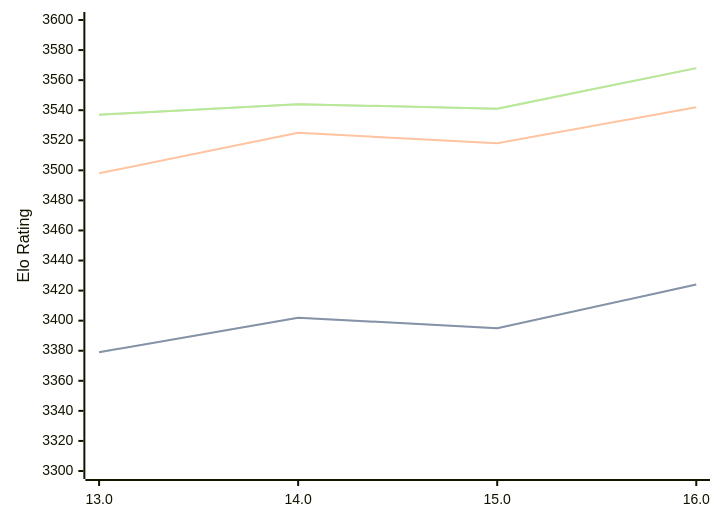
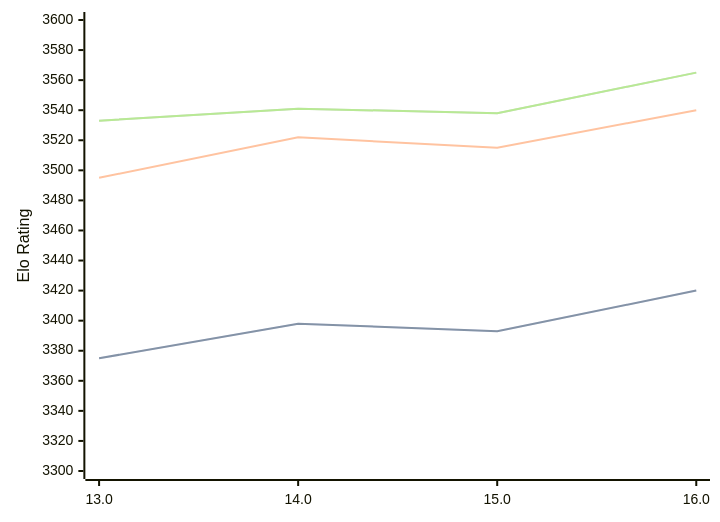
One commit to computer-chess-index/cci changed the diagram in engines/Obsidian.md. Above: the diagram before and after it, drawn with Mermaid. The commit also changed other lines of this file, not shown here.

Commit message:
Update CCI Ratings (ELO VLTC) - 2026-06-08

````diff
--- a/engines/Obsidian.md
+++ b/engines/Obsidian.md
@@ -43,11 +43,11 @@
 ```mermaid
 %%{init: {"theme":"base","themeVariables":{"seriesColors:['#a3a3a3','#222221','#faa371']}}}%%
 xychart-beta
   x-axis ["13.0", "14.0", "15.0", "16.0"]
   y-axis "Elo Rating" 3300 --> 3600
-  line "STC (8.0+0.08s)" [3379, 3402, 3395, 3424]
-  line "STC (8.0+0.08s)" [3379, 3402, 3395, 3424]
-  line "LTC (60.0+0.60s)" [3498, 3525, 3518, 3542]
-  line "VLTC (2m24s+1.12s)" [3537, 3544, 3541, 3568]
-  line "VLTC (2m24s+1.12s)" [3537, 3544, 3541, 3568]
+  line "STC (8.0+0.08s)" [3375, 3398, 3393, 3420]
+  line "STC (8.0+0.08s)" [3375, 3398, 3393, 3420]
+  line "LTC (60.0+0.60s)" [3495, 3522, 3515, 3540]
+  line "VLTC (2m24s+1.12s)" [3533, 3541, 3538, 3565]
+  line "VLTC (2m24s+1.12s)" [3533, 3541, 3538, 3565]
 ```
````
